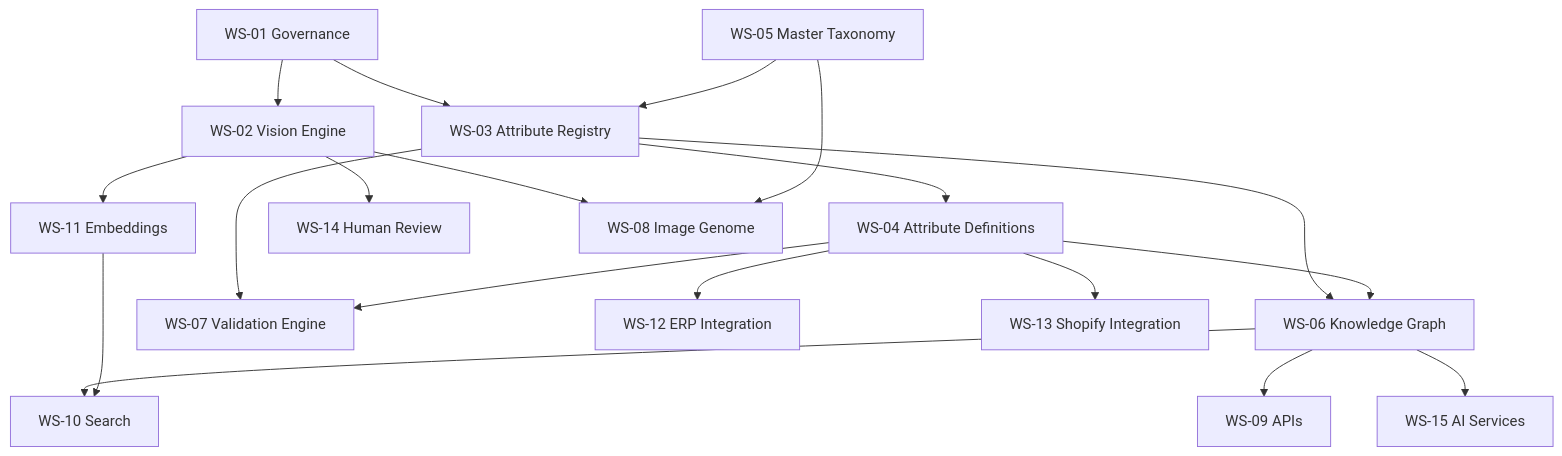
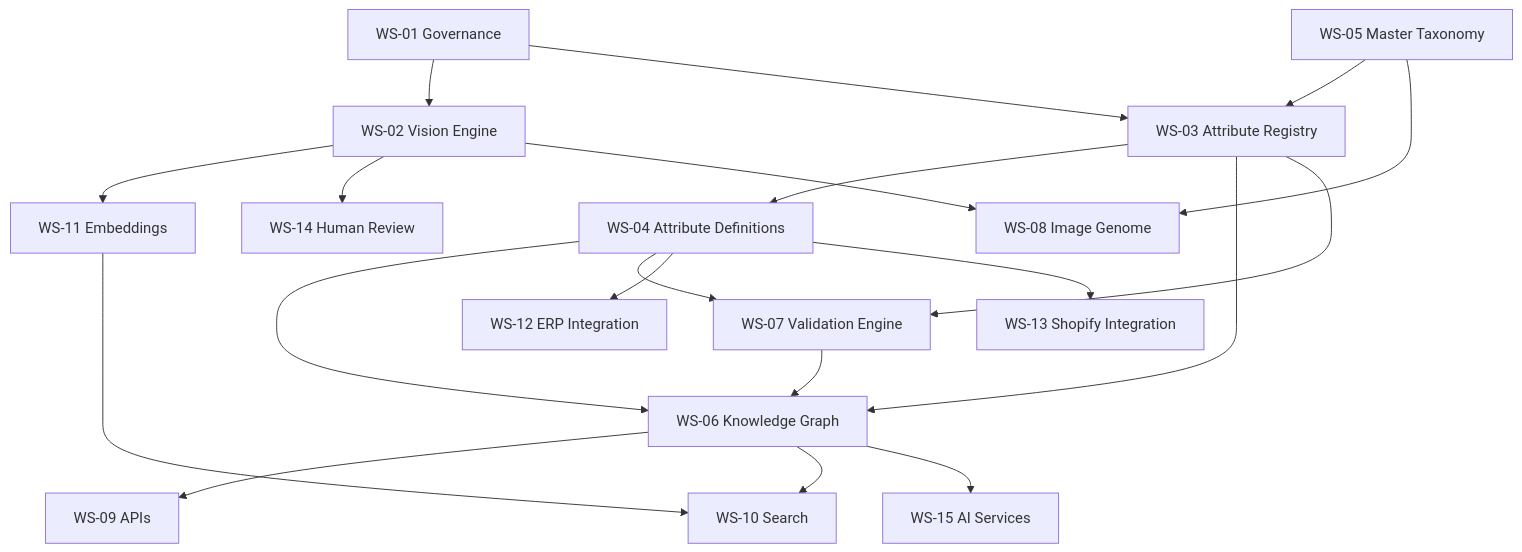
Before and after one commit to lexvoraconsulting-lab/The-Baking-Kaur: the third of 4 diagrams in docs/30_Enterprise_Program_Roadmap/Enterprise_Program_Roadmap_v1.md, drawn with Mermaid. The commit also changed other lines of this file and 3 other files, not shown here.

Commit message:
docs(roadmap): ADR-0007 resequence Build-005..007, insert Validation Engine

````diff
--- a/docs/30_Enterprise_Program_Roadmap/Enterprise_Program_Roadmap_v1.md
+++ b/docs/30_Enterprise_Program_Roadmap/Enterprise_Program_Roadmap_v1.md
@@ -498,21 +531,22 @@
 ```mermaid
 graph TD
     WS01[WS-01 Governance] --> WS02[WS-02 Vision Engine]
     WS01 --> WS03[WS-03 Attribute Registry]
     WS05[WS-05 Master Taxonomy] --> WS03
     WS03 --> WS04[WS-04 Attribute Definitions]
     WS03 --> WS06[WS-06 Knowledge Graph]
     WS04 --> WS06
     WS03 --> WS07[WS-07 Validation Engine]
     WS04 --> WS07
+    WS07 --> WS06
     WS06 --> WS09[WS-09 APIs]
     WS02 --> WS11[WS-11 Embeddings]
     WS06 --> WS10[WS-10 Search]
     WS11 --> WS10
     WS04 --> WS12[WS-12 ERP Integration]
     WS04 --> WS13[WS-13 Shopify Integration]
     WS02 --> WS14[WS-14 Human Review]
     WS06 --> WS15[WS-15 AI Services]
     WS02 --> WS08[WS-08 Image Genome]
     WS05 --> WS08
 ```
````
